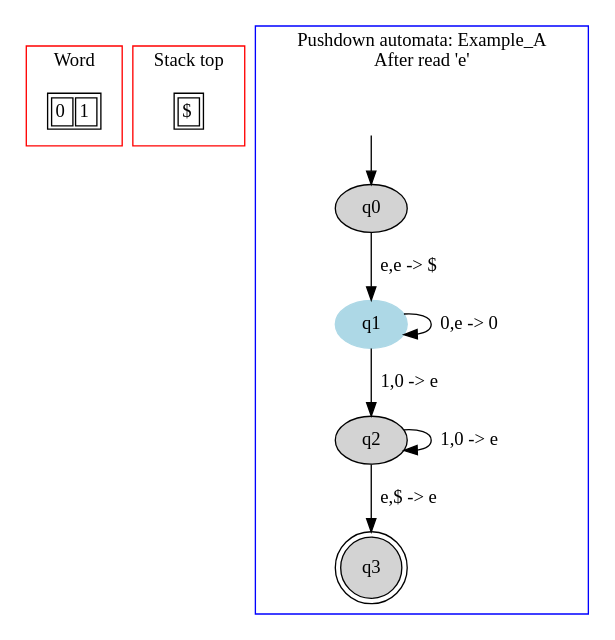
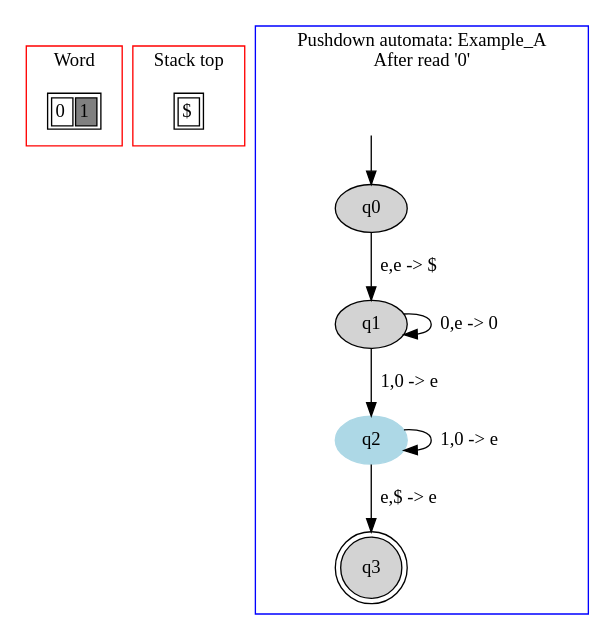
The diagram in PA/images/file2.dot (danielScLima/pushdown_automata), drawn with Graphviz before and after one commit. The commit also changed 8 other files, not shown here.

```diff
--- a/PA/images/file2.dot
+++ b/PA/images/file2.dot
@@ -1,43 +1,43 @@
 digraph G {
 	subgraph cluster_0 {
 		node [shape=plaintext];
 
 struct1 [label=<<TABLE>
 <TR>
 <TD><FONT>0</FONT></TD>
-<TD><FONT>1</FONT></TD>
+<TD BGCOLOR="gray"><FONT>1</FONT></TD>
 </TR>
 </TABLE>>];
 label = "Word";
 color=red;
 }
 	subgraph cluster_2 {
 		node [shape=plaintext];
 
 struct2 [label=<<TABLE>
 <TR>
 <TD>
 $</TD>
 </TR>
 </TABLE>>];
 label = "Stack top";
 color=red;
 }
 	subgraph cluster_1 {
 		node [style=filled];
 		label = "Pushdown automata: Example_A
-After read 'e'"
+After read '0'"
 		color=blue;
 
 		q0;
-		q1 [color="lightblue"];
-		q2;
+		q1;
+		q2 [color="lightblue"];
 		q3 [shape="doublecircle"];
 		q0->q1[label="e,e -> $"];
 		q1->q1[label="0,e -> 0"];
 		q1->q2[label="1,0 -> e"];
 		q2->q2[label="1,0 -> e"];
 		q2->q3[label="e,$ -> e"];
 x [color=white, label=""];		x->q0	}
 
 }
```
